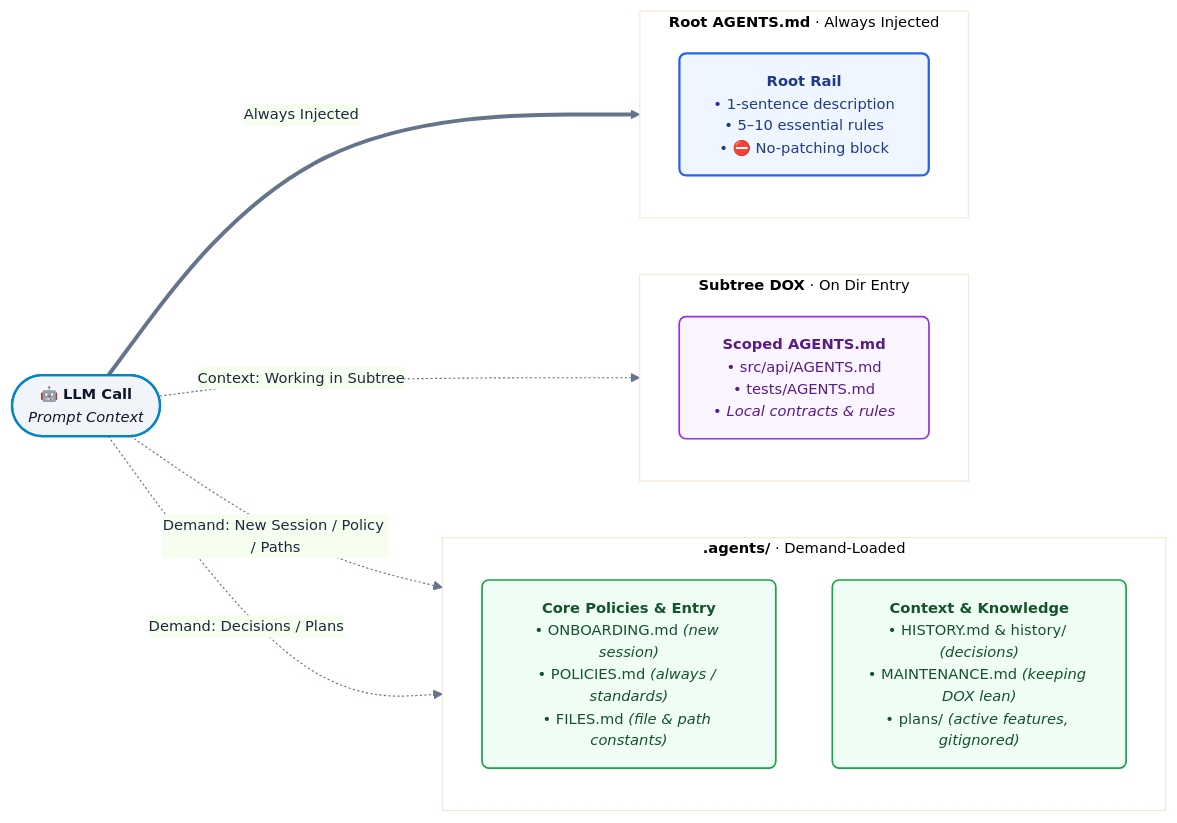
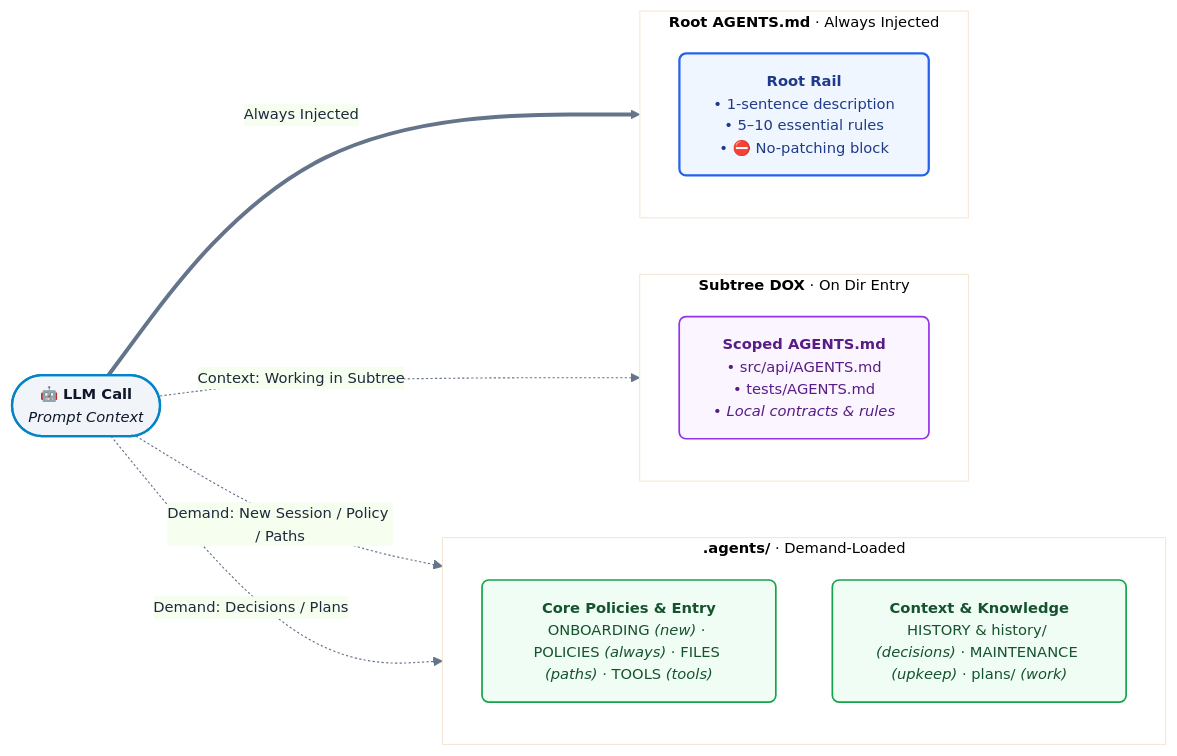
Before and after one commit to jr2804/agents-scaffold: the diagram in README.md, drawn with Mermaid. The commit also changed other lines of this file and 6 other files, not shown here.

Commit message:
✨ feat(dox): add TOOLS.md state file and establish state file terminology

````diff
--- a/README.md
+++ b/README.md
@@ -24,42 +24,42 @@
 ```mermaid
 %%{init: {
   'theme': 'base',
   'themeVariables': {
     'primaryColor': '#eff6ff',
     'primaryTextColor': '#1e293b',
     'primaryBorderColor': '#3b82f6',
     'lineColor': '#64748b',
     'fontSize': '13px',
     'fontFamily': 'Inter, system-ui, -apple-system, sans-serif'
   }
 }}%%
 flowchart LR
   LLM(["🤖 <b>LLM Call</b><br/><i>Prompt Context</i>"]):::main
 
   subgraph S_Root[" <b>Root AGENTS.md</b> · Always Injected "]
     direction TB
     R["<b>Root Rail</b><br/>• 1-sentence description<br/>• 5–10 essential rules<br/>• ⛔ No-patching block"]:::rootNode
   end
 
   subgraph S_Agents[" <b>.agents/</b> · Demand-Loaded "]
     direction TB
-    A_Core["<b>Core Policies & Entry</b><br/>• ONBOARDING.md <i>(new session)</i><br/>• POLICIES.md <i>(always / standards)</i><br/>• FILES.md <i>(file & path constants)</i>"]:::agentNode
-    A_Context["<b>Context & Knowledge</b><br/>• HISTORY.md & history/ <i>(decisions)</i><br/>• MAINTENANCE.md <i>(keeping DOX lean)</i><br/>• plans/ <i>(active features, gitignored)</i>"]:::agentNode
+    A_Core["<b>Core Policies & Entry</b><br/>ONBOARDING <i>(new)</i> · POLICIES <i>(always)</i> · FILES <i>(paths)</i> · TOOLS <i>(tools)</i>"]:::agentNode
+    A_Context["<b>Context & Knowledge</b><br/>HISTORY & history/ <i>(decisions)</i> · MAINTENANCE <i>(upkeep)</i> · plans/ <i>(work)</i>"]:::agentNode
   end
 
   subgraph S_Sub[" <b>Subtree DOX</b> · On Dir Entry "]
     direction TB
     S_Tree["<b>Scoped AGENTS.md</b><br/>• src/api/AGENTS.md<br/>• tests/AGENTS.md<br/>• <i>Local contracts & rules</i>"]:::subNode
   end
 
   LLM ==>|Always Injected| S_Root
   LLM -.->|Demand: New Session / Policy / Paths| A_Core
   LLM -.->|Demand: Decisions / Plans| A_Context
   LLM -.->|Context: Working in Subtree| S_Sub
 
   classDef main fill:#f1f5f9,stroke:#0284c7,stroke-width:2px,color:#0f172a;
   classDef rootNode fill:#eff6ff,stroke:#2563eb,stroke-width:2px,color:#1e3a8a;
   classDef agentNode fill:#f0fdf4,stroke:#16a34a,stroke-width:1.5px,color:#14532d;
   classDef subNode fill:#faf5ff,stroke:#9333ea,stroke-width:1.5px,color:#581c87;
   classDef default rx:6px,ry:6px;
 ```
````
